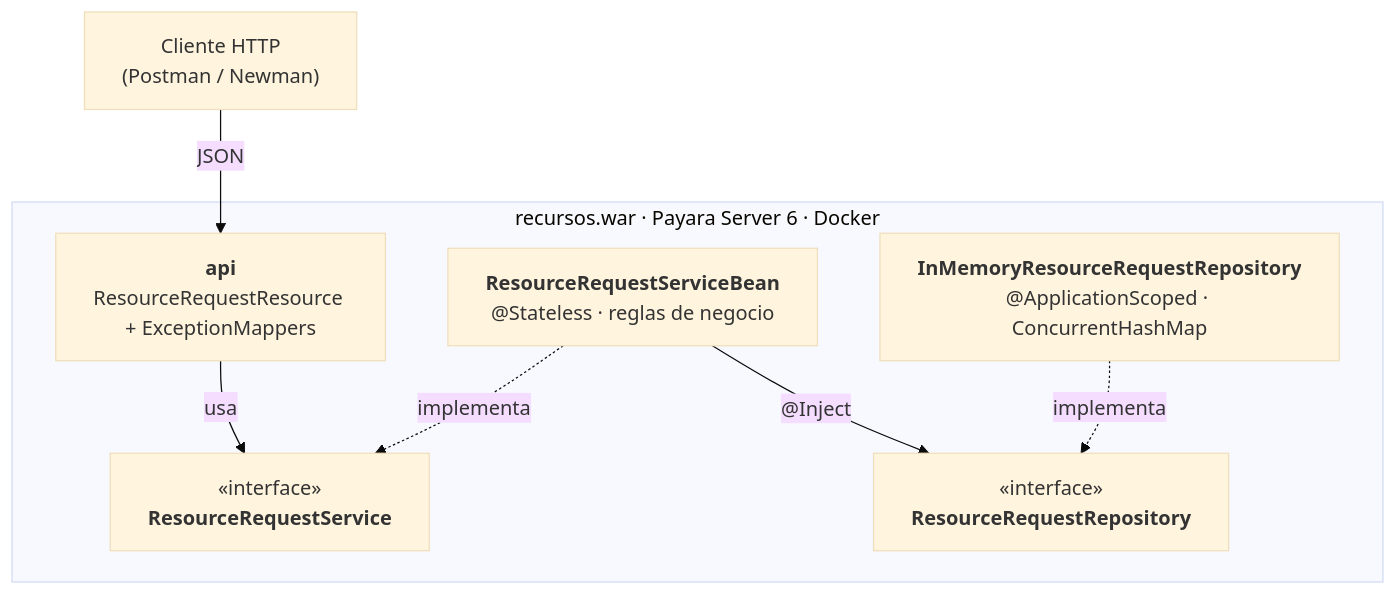
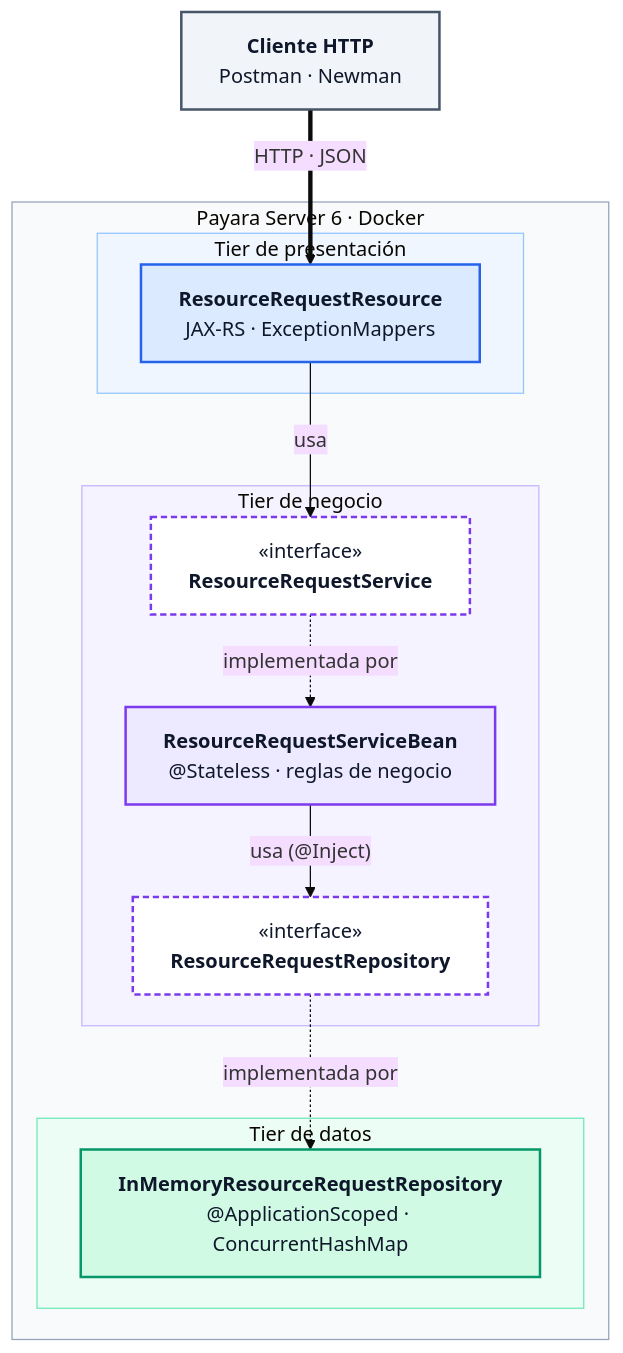
The diagram in README.md (andreMD287/JEE-Negocio), drawn with Mermaid (base theme) before and after one commit. The commit also changed other lines of this file and 1 other file, not shown here.

Commit message:
Documentación: diagramas rediseñados y redacción formal
- Vistas 4+1 reescritas en tono formal, sin referencias al reparto de trabajo
- Diagramas con colores por tier, capas apiladas y clases reales en las secuencias
- Nuevo diagrama de casos de uso en la vista de escenarios
- README: diagrama de arquitectura por tiers e integrantes

````diff
--- a/README.md
+++ b/README.md
@@ -11,15 +11,35 @@
 ```mermaid
 flowchart TB
-    C["Cliente HTTP<br/>(Postman / Newman)"] -->|JSON| API
-    subgraph WAR["recursos.war · Payara Server 6 · Docker"]
-        API["<b>api</b><br/>ResourceRequestResource + ExceptionMappers"]
-        SVC["«interface»<br/><b>ResourceRequestService</b>"]
-        EJB["<b>ResourceRequestServiceBean</b><br/>@Stateless · reglas de negocio"]
-        PORT["«interface»<br/><b>ResourceRequestRepository</b>"]
-        MEM["<b>InMemoryResourceRequestRepository</b><br/>@ApplicationScoped · ConcurrentHashMap"]
-        API -->|usa| SVC
-        EJB -.->|implementa| SVC
-        EJB -->|"@Inject"| PORT
-        MEM -.->|implementa| PORT
+    classDef client fill:#F1F5F9,stroke:#475569,stroke-width:2px,color:#0F172A
+    classDef api fill:#DBEAFE,stroke:#2563EB,stroke-width:2px,color:#0F172A
+    classDef biz fill:#EDE9FE,stroke:#7C3AED,stroke-width:2px,color:#0F172A
+    classDef port fill:#FFFFFF,stroke:#7C3AED,stroke-width:2px,stroke-dasharray:5 3,color:#0F172A
+    classDef data fill:#D1FAE5,stroke:#059669,stroke-width:2px,color:#0F172A
+
+    C["<b>Cliente HTTP</b><br/>Postman · Newman"]:::client
+
+    subgraph WAR["Payara Server 6 · Docker"]
+        subgraph P["Tier de presentación"]
+            API["<b>ResourceRequestResource</b><br/>JAX-RS · ExceptionMappers"]:::api
+        end
+        subgraph N["Tier de negocio"]
+            SVC["«interface»<br/><b>ResourceRequestService</b>"]:::port
+            EJB["<b>ResourceRequestServiceBean</b><br/>@Stateless · reglas de negocio"]:::biz
+            PORT["«interface»<br/><b>ResourceRequestRepository</b>"]:::port
+        end
+        subgraph D["Tier de datos"]
+            MEM["<b>InMemoryResourceRequestRepository</b><br/>@ApplicationScoped · ConcurrentHashMap"]:::data
+        end
     end
+
+    C ==>|"HTTP · JSON"| API
+    API -->|usa| SVC
+    SVC -.->|implementada por| EJB
+    EJB -->|"usa (@Inject)"| PORT
+    PORT -.->|implementada por| MEM
+
+    style WAR fill:#F8FAFC,stroke:#94A3B8
+    style P fill:#EFF6FF,stroke:#93C5FD
+    style N fill:#F5F3FF,stroke:#C4B5FD
+    style D fill:#ECFDF5,stroke:#6EE7B7
 ```
````
